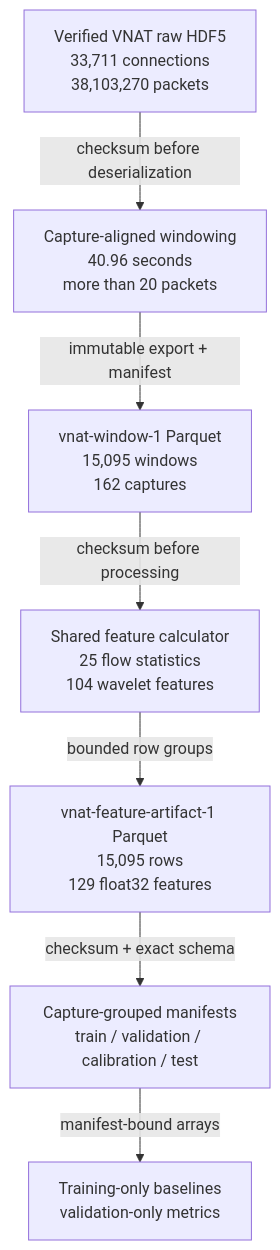
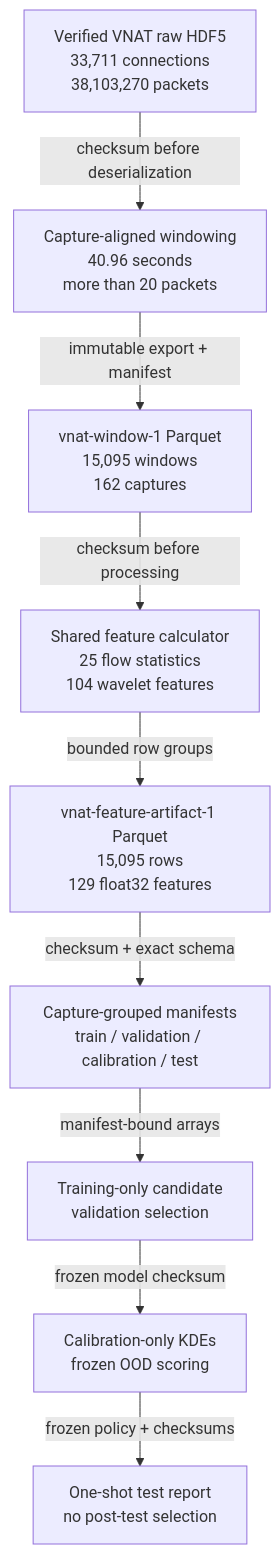
The diagram in docs/data-pipeline.md (JCrossoverGithub/Parallax), drawn with Mermaid before and after one commit. The commit also changed other lines of this file and 7 other files, not shown here.

````diff
--- a/docs/data-pipeline.md
+++ b/docs/data-pipeline.md
@@ -11,17 +12,21 @@
 ```mermaid
 flowchart TD
     A[Verified VNAT raw HDF5<br/>33,711 connections<br/>38,103,270 packets]
     B[Capture-aligned windowing<br/>40.96 seconds<br/>more than 20 packets]
     C[vnat-window-1 Parquet<br/>15,095 windows<br/>162 captures]
     D[Shared feature calculator<br/>25 flow statistics<br/>104 wavelet features]
     E[vnat-feature-artifact-1 Parquet<br/>15,095 rows<br/>129 float32 features]
     F[Capture-grouped manifests<br/>train / validation / calibration / test]
-    G[Training-only baselines<br/>validation-only metrics]
+    G[Training-only candidate<br/>validation selection]
+    H[Calibration-only KDEs<br/>frozen OOD scoring]
+    I[One-shot test report<br/>no post-test selection]
 
     A -->|checksum before deserialization| B
     B -->|immutable export + manifest| C
     C -->|checksum before processing| D
     D -->|bounded row groups| E
     E -->|checksum + exact schema| F
     F -->|manifest-bound arrays| G
+    G -->|frozen model checksum| H
+    H -->|frozen policy + checksums| I
 ```
````
